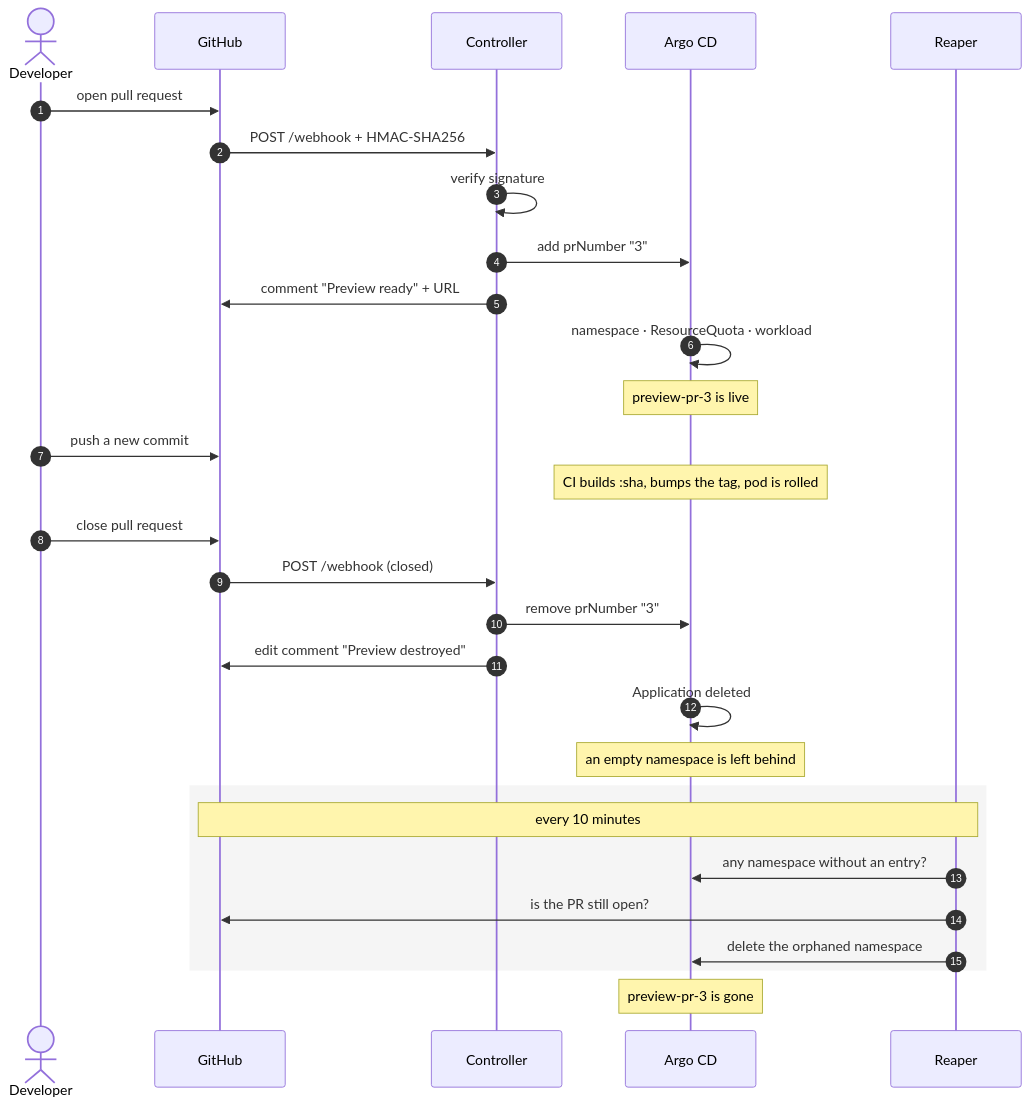
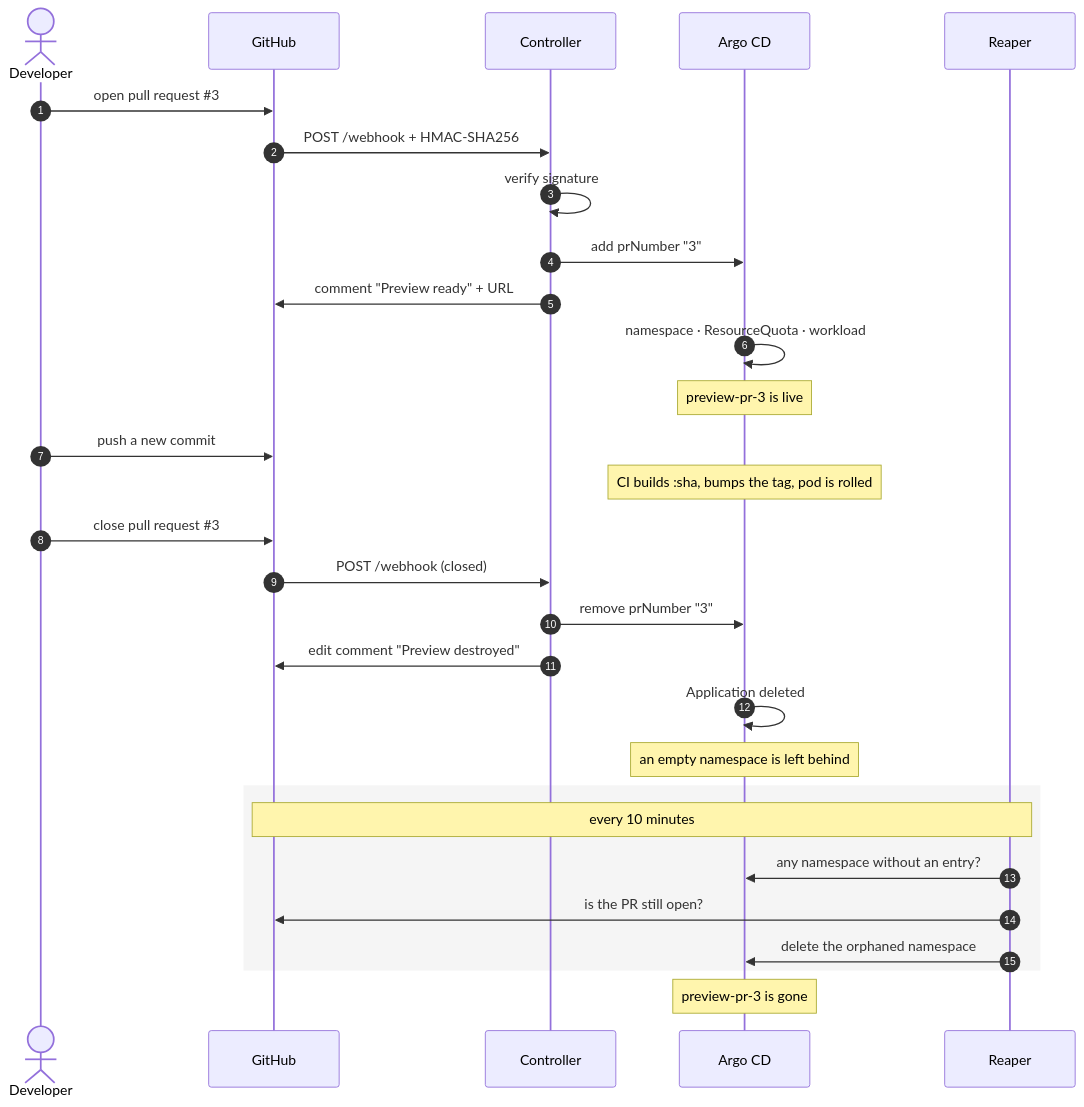
The second of 3 diagrams in README.md (SihanUdayaratna03/launchpad), drawn with Mermaid before and after one commit. The commit also changed other lines of this file and 4 other files, not shown here.

Commit message:
docs: show both backends throughout, and the OpenChoreo flow as a diagram

````diff
--- a/README.md
+++ b/README.md
@@ -91,35 +109,35 @@
 ```mermaid
 sequenceDiagram
     autonumber
     actor Dev as Developer
     participant GH as GitHub
     participant C as Controller
     participant A as Argo CD
     participant R as Reaper
 
-    Dev->>GH: open pull request #3
+    Dev->>GH: open pull request #35;3
     GH->>C: POST /webhook + HMAC-SHA256
     C->>C: verify signature
     C->>A: add prNumber "3"
     C->>GH: comment "Preview ready" + URL
     A->>A: namespace · ResourceQuota · workload
     Note over A: preview-pr-3 is live
 
     Dev->>GH: push a new commit
     Note over A: CI builds :sha, bumps the tag, pod is rolled
 
-    Dev->>GH: close pull request #3
+    Dev->>GH: close pull request #35;3
     GH->>C: POST /webhook (closed)
     C->>A: remove prNumber "3"
     C->>GH: edit comment "Preview destroyed"
     A->>A: Application deleted
     Note over A: an empty namespace is left behind
 
     rect rgba(128,128,128,0.08)
         Note over R,GH: every 10 minutes
         R->>A: any namespace without an entry?
         R->>GH: is the PR still open?
         R->>A: delete the orphaned namespace
     end
     Note over A: preview-pr-3 is gone
 ```
````
